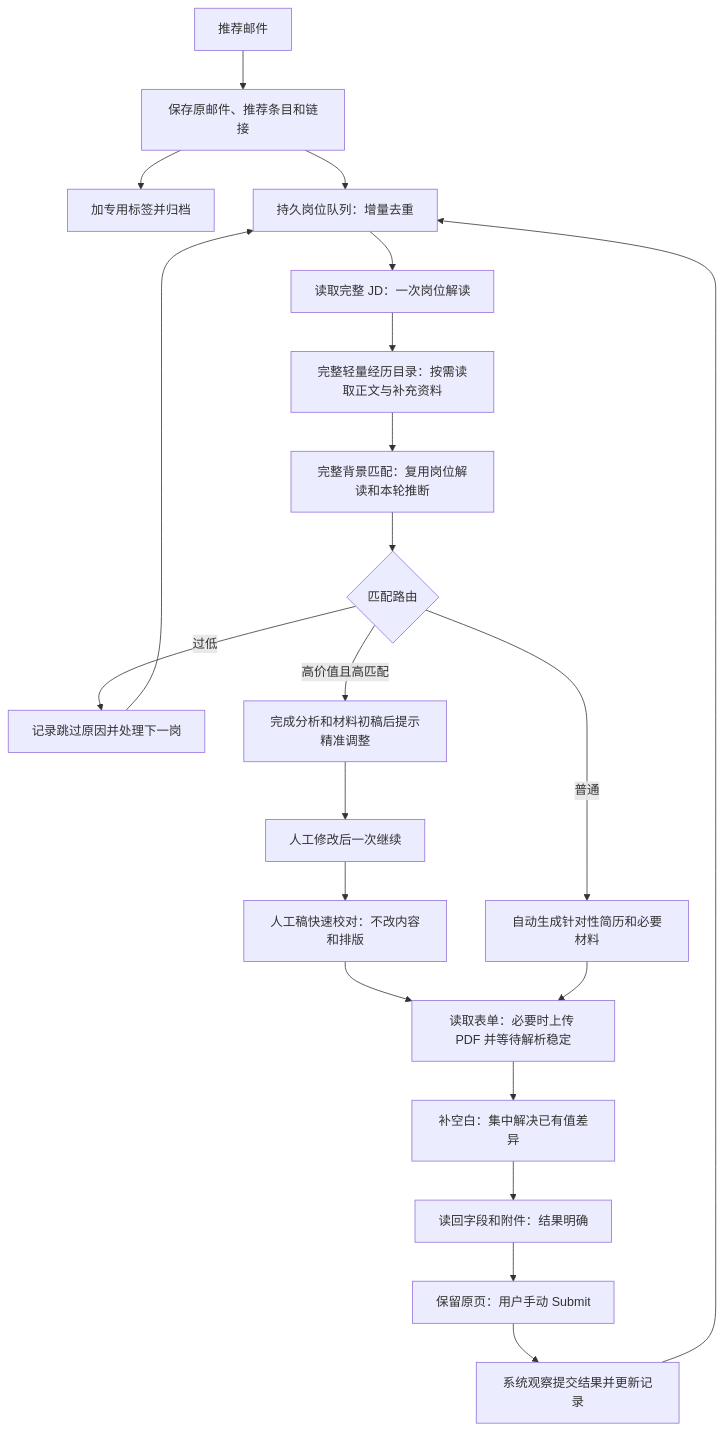
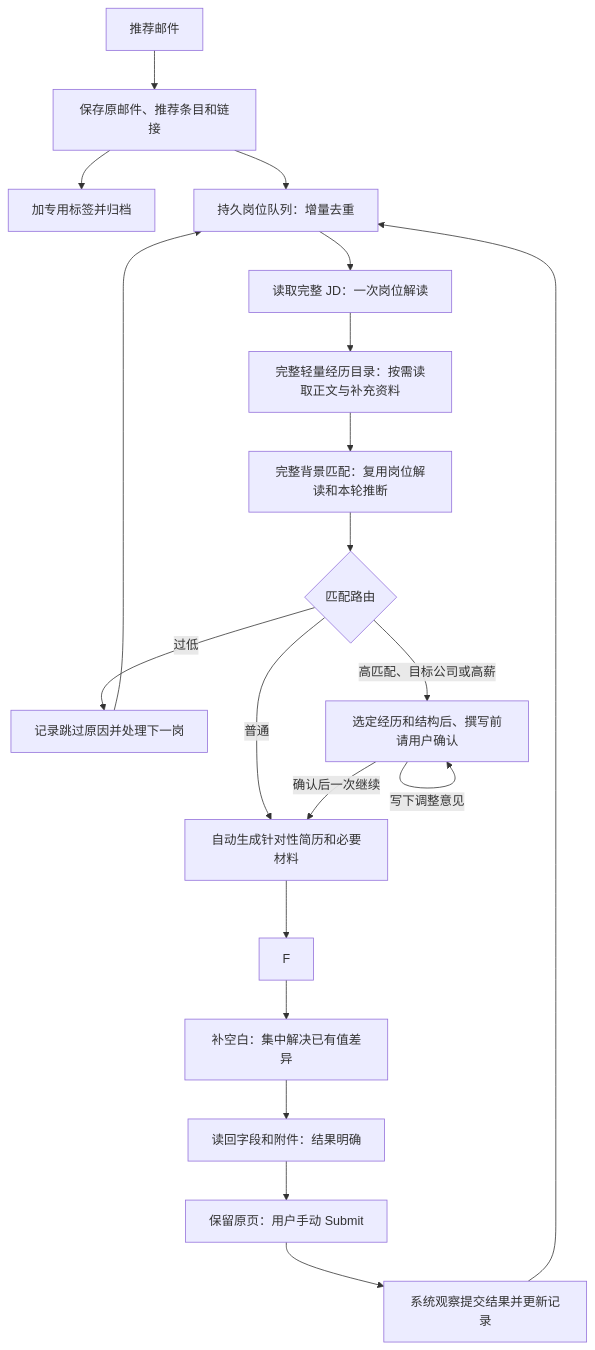
The diagram in docs/single-job-flow.md (DengZhiyuan-math/TomorrowStar-OS), drawn with Mermaid before and after one commit. The commit also changed other lines of this file and 14 other files, not shown here.

````diff
--- a/docs/single-job-flow.md
+++ b/docs/single-job-flow.md
@@ -28,23 +28,22 @@
 ```mermaid
 flowchart TD
     E[推荐邮件] --> I[保存原邮件、推荐条目和链接]
     I --> A[加专用标签并归档]
     I --> Q[持久岗位队列：增量去重]
     Q --> J[读取完整 JD：一次岗位解读]
     J --> D[完整轻量经历目录：按需读取正文与补充资料]
     D --> B[完整背景匹配：复用岗位解读和本轮推断]
     B --> R{匹配路由}
     R -->|过低| K[记录跳过原因并处理下一岗]
     R -->|普通| M[自动生成针对性简历和必要材料]
-    R -->|高价值且高匹配| H[完成分析和材料初稿后提示精准调整]
-    H --> C[人工修改后一次继续]
-    C --> P[人工稿快速校对：不改内容和排版]
-    P --> F[读取表单：必要时上传 PDF 并等待解析稳定]
+    R -->|高匹配、目标公司或高薪| H[选定经历和结构后、撰写前请用户确认]
+    H -->|写下调整意见| H
+    H -->|确认后一次继续| M
     M --> F
     F --> V[补空白：集中解决已有值差异]
     V --> X[读回字段和附件：结果明确]
     X --> S[保留原页：用户手动 Submit]
     S --> O[系统观察提交结果并更新记录]
     O --> Q
     K --> Q
 ```
````
